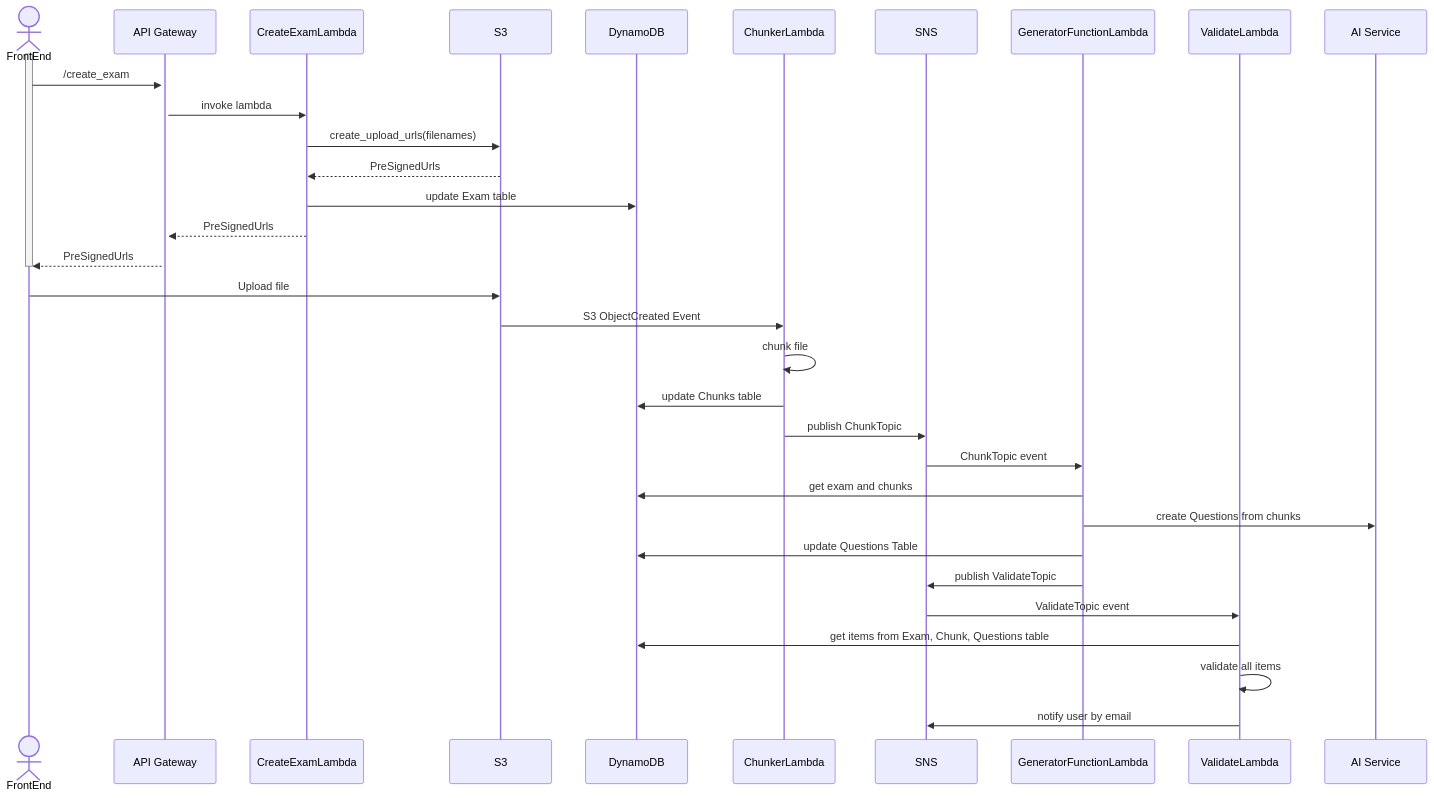
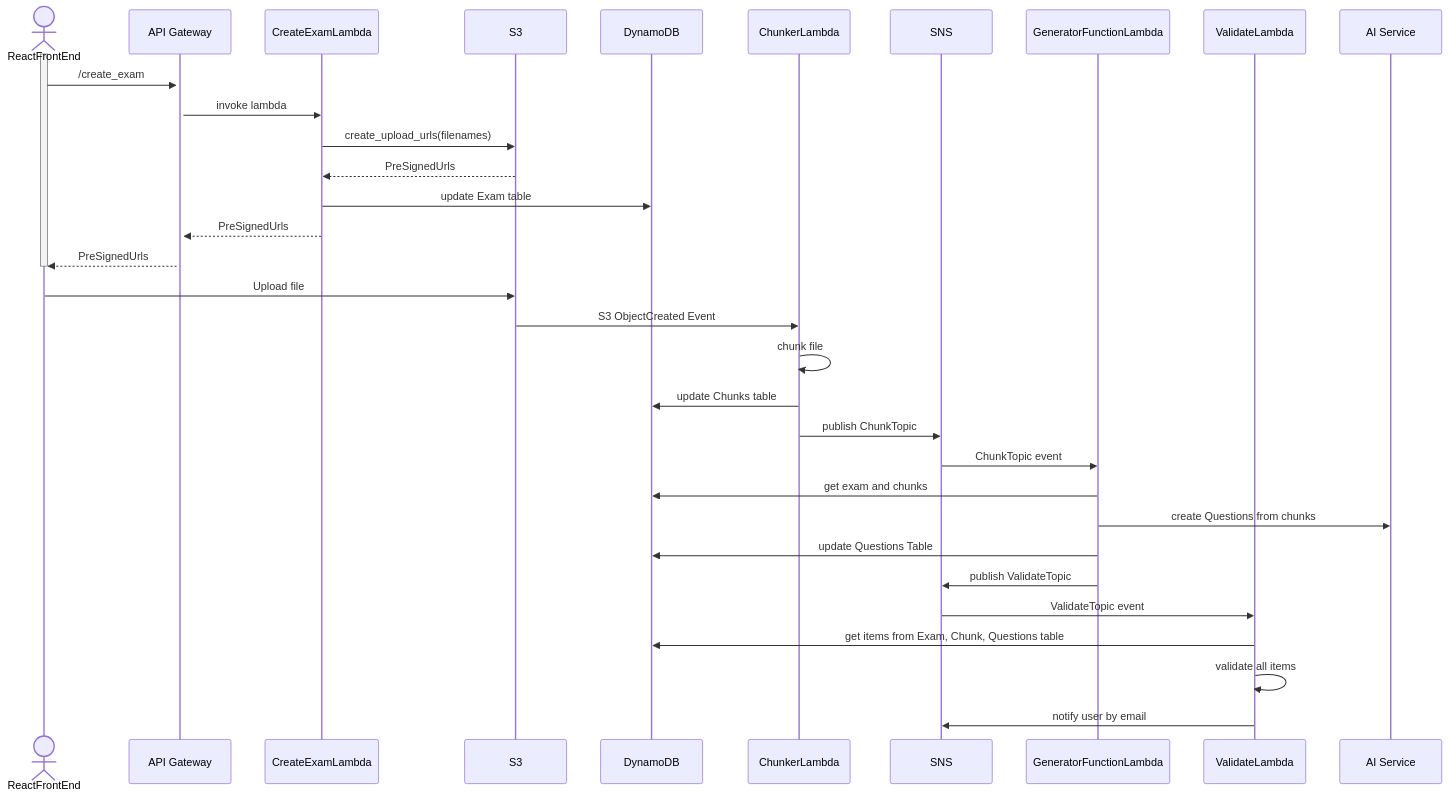
One commit to rajkorde/ExamGPTCloud changed the diagram in examgpt-backend/assets/create_exam.md. Above: the diagram before and after it, drawn with Mermaid. The commit also changed 3 other files, not shown here.

````diff
--- a/examgpt-backend/assets/create_exam.md
+++ b/examgpt-backend/assets/create_exam.md
@@ -1,48 +1,48 @@
 ```mermaid
 sequenceDiagram
-  actor fe as FrontEnd
+  actor fe as ReactFrontEnd
   participant ag as API Gateway
   participant cel as CreateExamLambda
   participant S3
   participant ddb as DynamoDB
   participant cl as ChunkerLambda
   participant SNS
   participant gfl as GeneratorFunctionLambda
   participant vl as ValidateLambda
   participant ai as AI Service
 
   # Upload file - Get presigned URL
   activate fe
   fe ->>+ ag: /create_exam
   ag ->> cel: invoke lambda
   cel ->> S3: create_upload_urls(filenames)
   S3 -->> cel: PreSignedUrls
   cel ->> ddb: update Exam table
   cel -->> ag: PreSignedUrls
   ag -->> fe: PreSignedUrls
   deactivate fe
 
   # Upload file - Upload to presigned URL
   fe ->> S3: Upload file
 
   # Chunk File
 
   S3 ->> cl: S3 ObjectCreated Event
   cl ->> cl: chunk file
   cl ->> ddb: update Chunks table
   cl ->> SNS: publish ChunkTopic
 
   # Generate QA
 
   SNS ->> gfl: ChunkTopic event
   gfl ->> ddb: get exam and chunks
   gfl ->> ai: create Questions from chunks
   gfl ->> ddb: update Questions Table
   gfl ->> SNS: publish ValidateTopic
 
   # Validate
   SNS ->> vl: ValidateTopic event
   vl ->> ddb: get items from Exam, Chunk, Questions table
   vl ->> vl: validate all items
   vl ->> SNS: notify user by email
 ```
````
